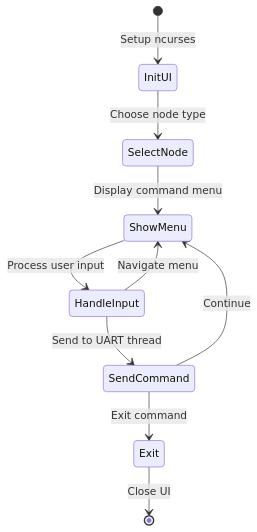
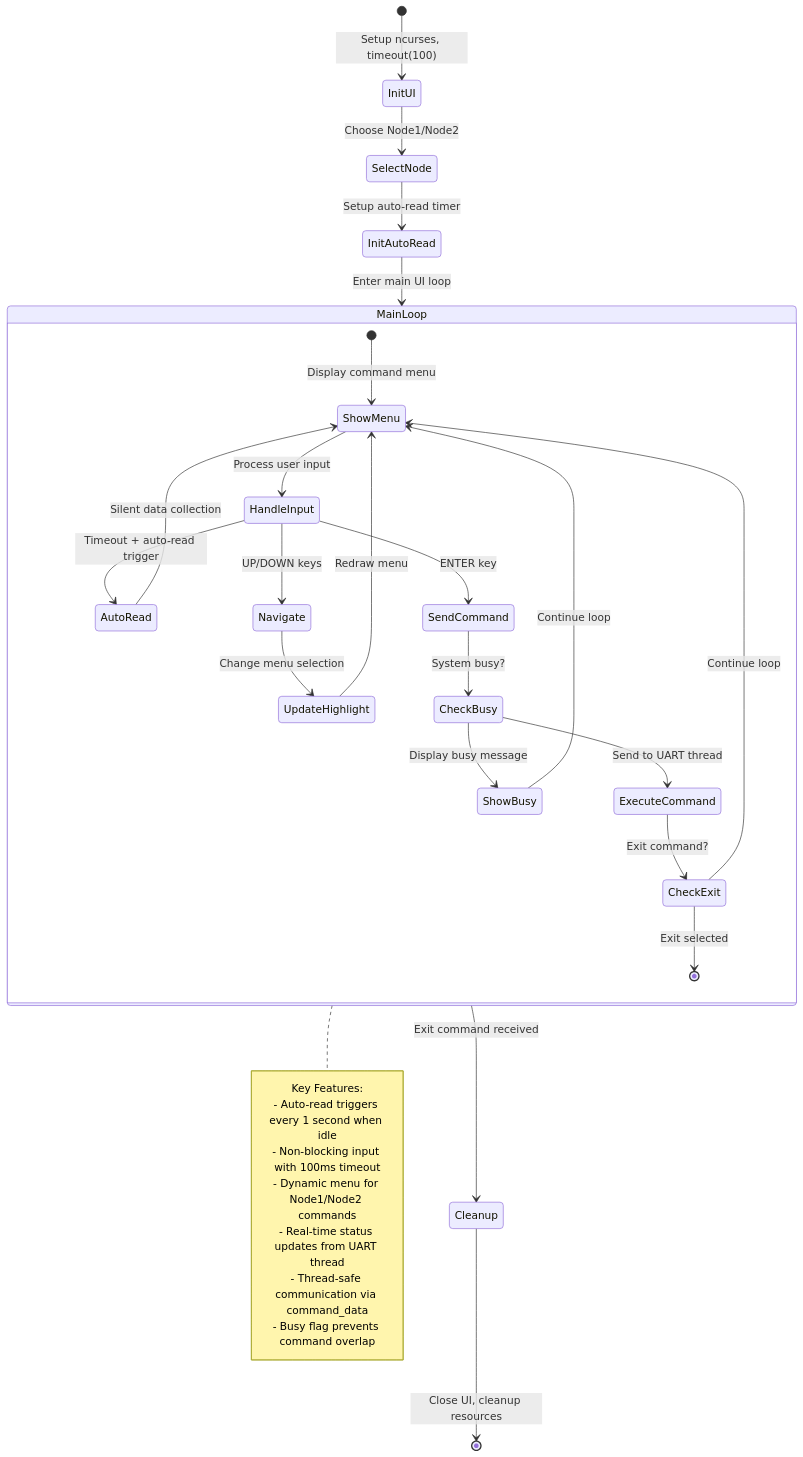
Before and after one commit to hongthiennhan/DATN_Gateway: the third of 5 diagrams in README.md, drawn with Mermaid. The commit also changed other lines of this file, not shown here.

````diff
--- a/README.md
+++ b/README.md
@@ -96,12 +29,42 @@
 ```mermaid
 stateDiagram-v2
-    [*] --> InitUI: Setup ncurses
-    InitUI --> SelectNode: Choose node type
-    SelectNode --> ShowMenu: Display command menu
-    ShowMenu --> HandleInput: Process user input
-    HandleInput --> SendCommand: Send to UART thread
-    HandleInput --> ShowMenu: Navigate menu
-    SendCommand --> ShowMenu: Continue
-    SendCommand --> Exit: Exit command
-    Exit --> [*]: Close UI
+    [*] --> InitUI: Setup ncurses, timeout(100)
+    InitUI --> SelectNode: Choose Node1/Node2
+    SelectNode --> InitAutoRead: Setup auto-read timer
+    InitAutoRead --> MainLoop: Enter main UI loop
+    
+    state MainLoop {
+        [*] --> ShowMenu: Display command menu
+        ShowMenu --> HandleInput: Process user input
+        
+        HandleInput --> AutoRead: Timeout + auto-read trigger
+        HandleInput --> Navigate: UP/DOWN keys
+        HandleInput --> SendCommand: ENTER key
+        
+        AutoRead --> ShowMenu: Silent data collection
+        Navigate --> UpdateHighlight: Change menu selection
+        UpdateHighlight --> ShowMenu: Redraw menu
+        
+        SendCommand --> CheckBusy: System busy?
+        CheckBusy --> ShowBusy: Display busy message
+        CheckBusy --> ExecuteCommand: Send to UART thread
+        
+        ShowBusy --> ShowMenu: Continue loop
+        ExecuteCommand --> CheckExit: Exit command?
+        CheckExit --> ShowMenu: Continue loop
+        CheckExit --> [*]: Exit selected
+    }
+    
+    MainLoop --> Cleanup: Exit command received
+    Cleanup --> [*]: Close UI, cleanup resources
+    
+    note right of MainLoop
+        Key Features:
+        - Auto-read triggers every 1 second when idle
+        - Non-blocking input with 100ms timeout
+        - Dynamic menu for Node1/Node2 commands
+        - Real-time status updates from UART thread
+        - Thread-safe communication via command_data
+        - Busy flag prevents command overlap
+    end note
 ```
````
